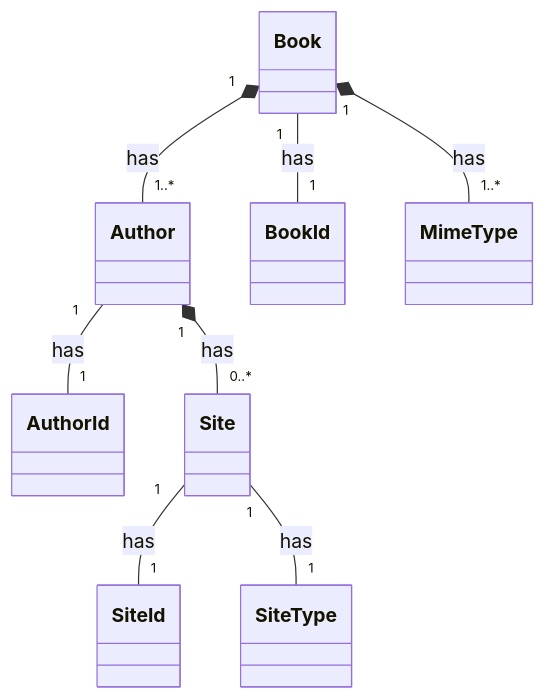
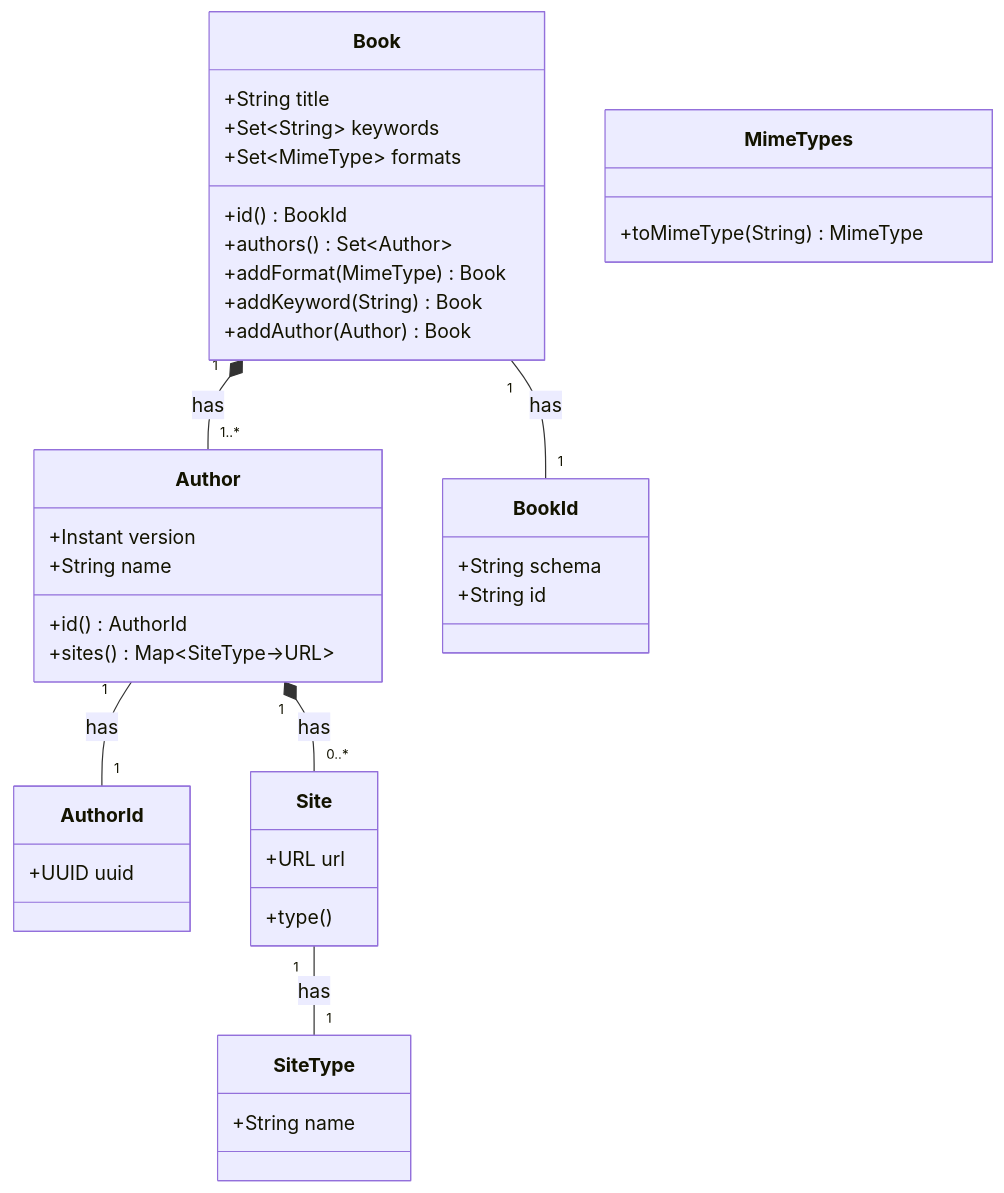
Before and after one commit to z669016/mybooks: the first of 8 diagrams in README.md, drawn with Mermaid. The commit also changed other lines of this file and 10 other files, not shown here.

````diff
--- a/README.md
+++ b/README.md
@@ -213,10 +213,48 @@
 ```mermaid
 classDiagram
+    class Author {
+        +Instant version
+        +String name
+        +id() AuthorId
+        +sites() Map~SiteType->URL~
+    }
+    
+    class AuthorId {
+        +UUID uuid
+    }
+    
+    class SiteType {
+        +String name
+    }
+    
+    class Site {
+        +URL url
+        +type()
+    }
+    
+    class Book{
+        +String title
+        +Set~String~ keywords
+        +Set~MimeType~ formats
+        +id() BookId
+        +authors() Set~Author~
+        +addFormat(MimeType) Book
+        +addKeyword(String) Book
+        +addAuthor(Author) Book
+    }
+    
+    class BookId {
+        +String schema
+        +String id
+    }
+    
+    class MimeTypes {
+        +toMimeType(String) MimeType
+    }
+    
     Author "1" -- "1" AuthorId: has
     Author "1" *-- "0..*" Site: has
-    Site "1" -- "1" SiteId: has
     Site "1" -- "1" SiteType: has
     Book "1" *-- "1..*" Author: has
     Book "1" -- "1" BookId: has
-    Book "1" *-- "1..*" MimeType: has
 ```
````
